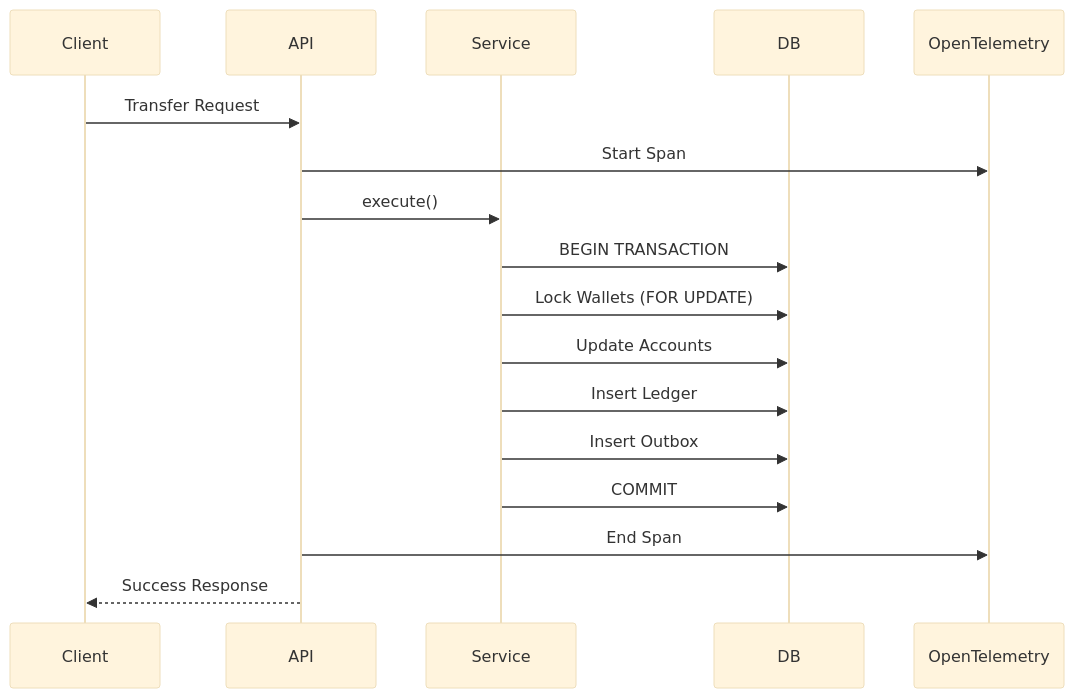
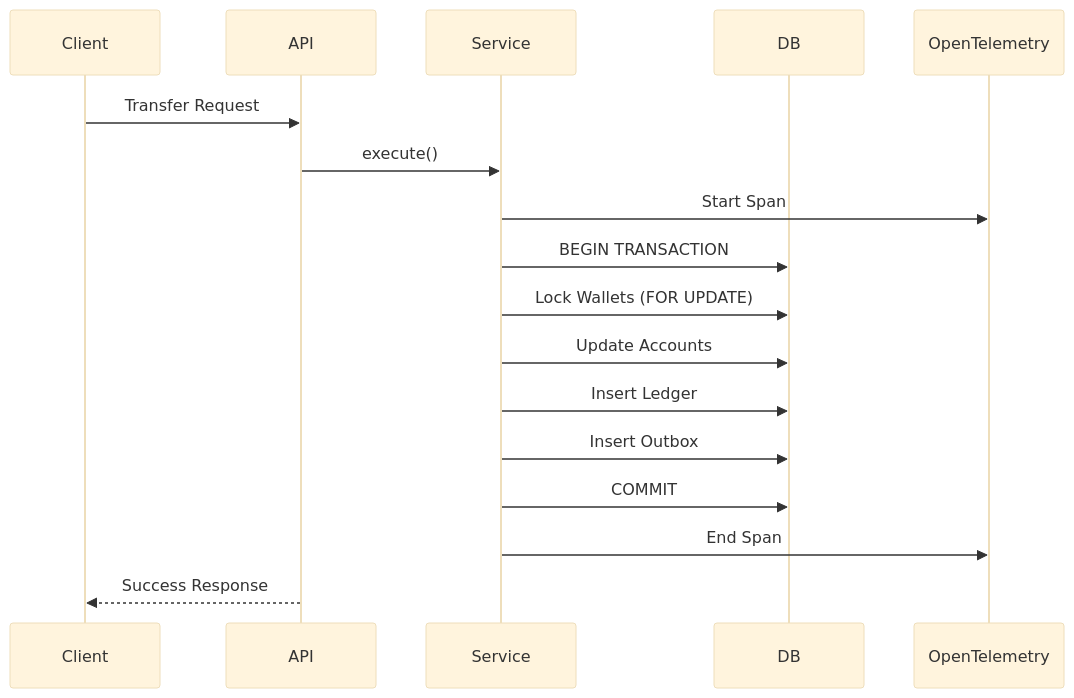
The second of 4 diagrams in README.md (kyogoiano/wallet), drawn with Mermaid (base theme) before and after one commit. The commit also changed other lines of this file and 7 other files, not shown here.

````diff
--- a/README.md
+++ b/README.md
@@ -162,25 +264,26 @@
 ```mermaid
 sequenceDiagram
 
   participant Client
   participant API
   participant Service
   participant DB
   participant Trace as OpenTelemetry
 
   Client->>API: Transfer Request
-  API->>Trace: Start Span
+  
 
   API->>Service: execute()
-
+  Service->>Trace: Start Span
+    
   Service->>DB: BEGIN TRANSACTION
   Service->>DB: Lock Wallets (FOR UPDATE)
   Service->>DB: Update Accounts
   Service->>DB: Insert Ledger
   Service->>DB: Insert Outbox
 
   Service->>DB: COMMIT
 
-  API->>Trace: End Span
+  Service->>Trace: End Span
   API-->>Client: Success Response
 ```
````
